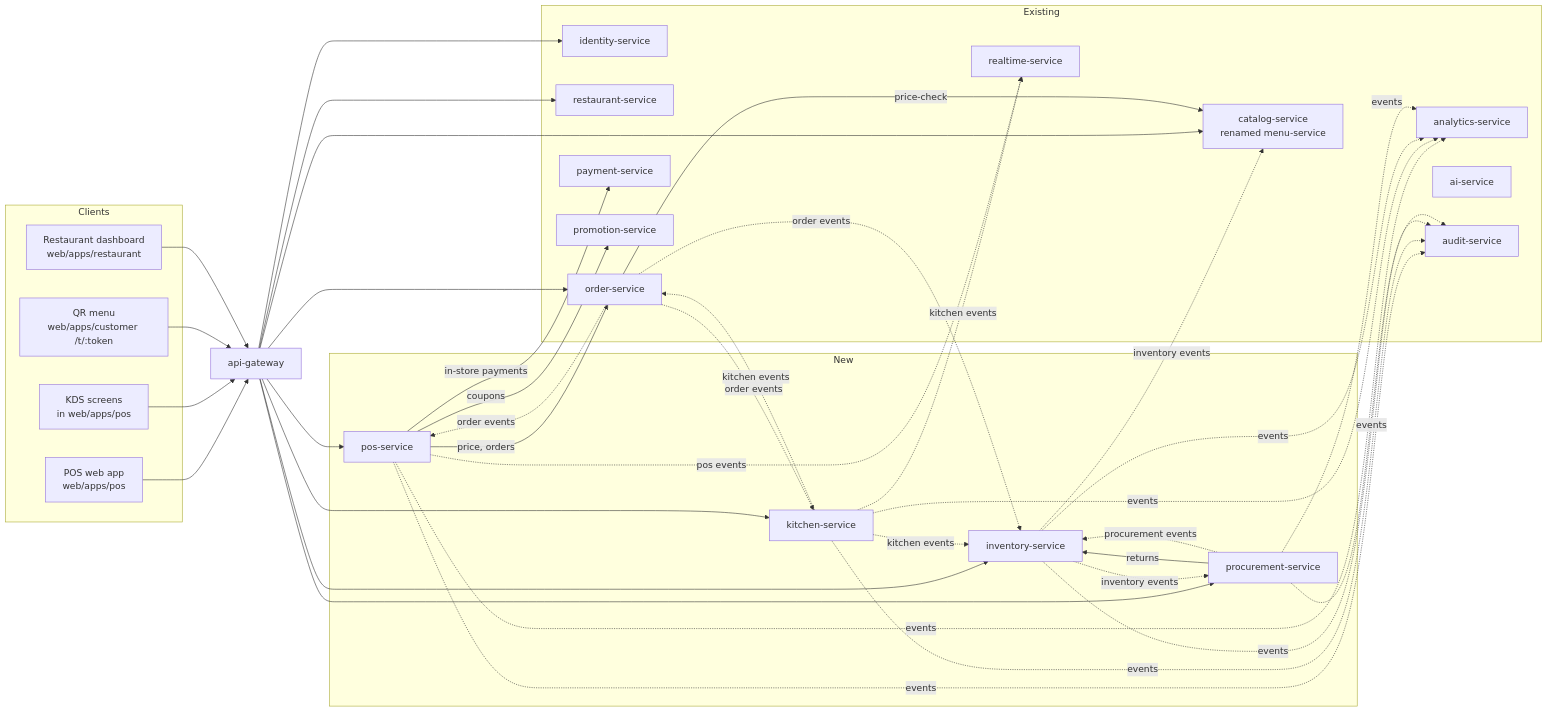
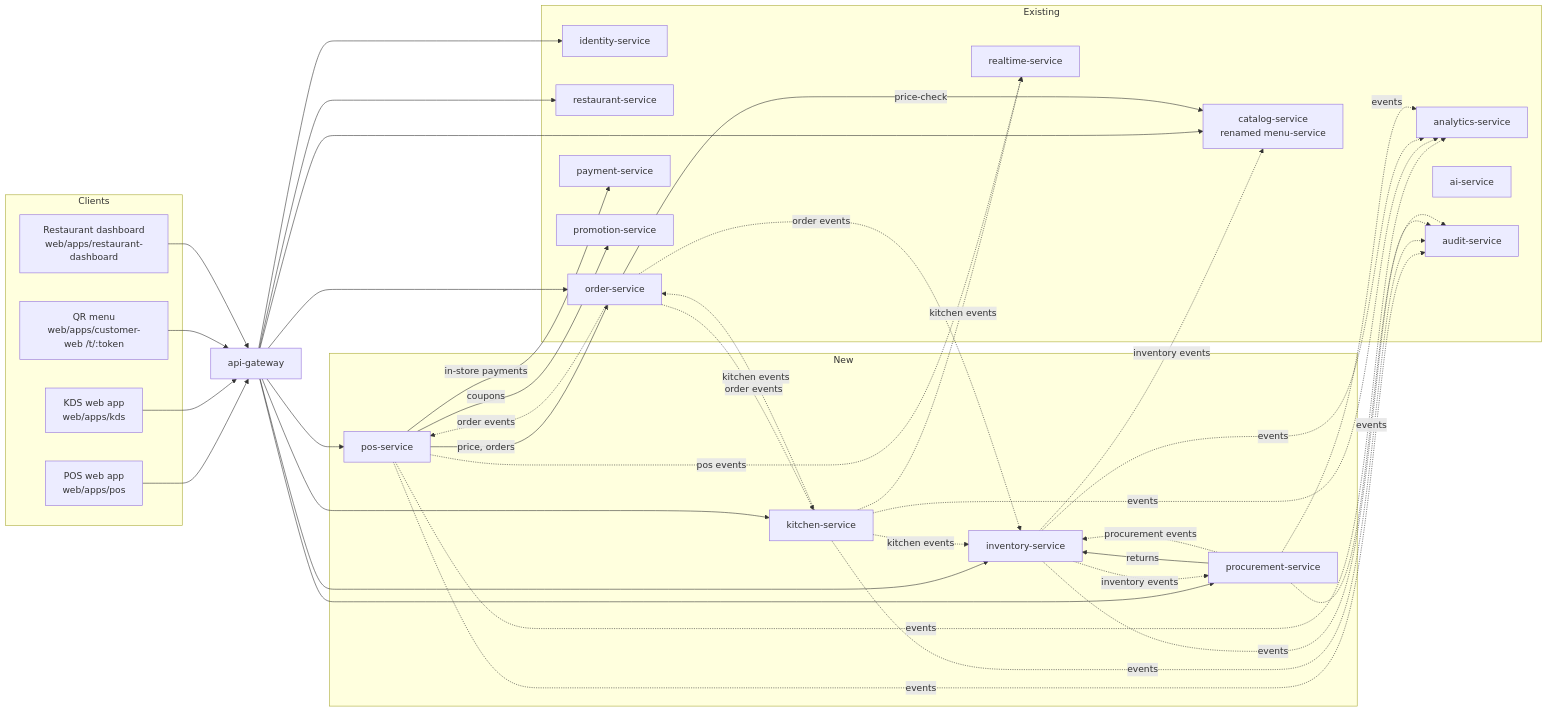
The diagram in docs/architecture/restaurant-os/README.md (vipultikhe234/Food_Delivery_System), drawn with Mermaid before and after one commit. The commit also changed other lines of this file and 22 other files, not shown here.

First line of the commit message:
docs(architecture): approve restaurant OS design and update baseline docs

````diff
--- a/docs/architecture/restaurant-os/README.md
+++ b/docs/architecture/restaurant-os/README.md
@@ -31,44 +31,44 @@
 ```mermaid
 flowchart LR
     subgraph Clients
         POSAPP[POS web app<br/>web/apps/pos]
-        KDSAPP[KDS screens<br/>in web/apps/pos]
-        QRWEB[QR menu<br/>web/apps/customer /t/:token]
-        HQ[Restaurant dashboard<br/>web/apps/restaurant]
+        KDSAPP[KDS web app<br/>web/apps/kds]
+        QRWEB[QR menu<br/>web/apps/customer-web /t/:token]
+        HQ[Restaurant dashboard<br/>web/apps/restaurant-dashboard]
     end
     GW[api-gateway]
     POSAPP & KDSAPP & QRWEB & HQ --> GW
 
     subgraph Existing
         ID[identity-service]
         REST[restaurant-service]
         CAT[catalog-service<br/>renamed menu-service]
         ORD[order-service]
         PAY[payment-service]
         PRO[promotion-service]
         RT[realtime-service]
         AN[analytics-service]
         AI[ai-service]
         AU[audit-service]
     end
     subgraph New
         POS[pos-service]
         KIT[kitchen-service]
         INV[inventory-service]
         PROC[procurement-service]
     end
 
     GW --> POS & KIT & INV & PROC & CAT & ORD & REST & ID
     POS -- price, orders --> ORD
     POS -- in-store payments --> PAY
     POS -- coupons --> PRO
     ORD -- price-check --> CAT
     PROC -- returns --> INV
     KIT -.->|kitchen events| RT
     POS -.->|pos events| RT
     ORD -.->|order events| KIT & INV & POS
     KIT -.->|kitchen events| ORD & INV
     INV -.->|inventory events| CAT & PROC
     PROC -.->|procurement events| INV
     POS & KIT & INV & PROC -.->|events| AN & AU
 ```
````
